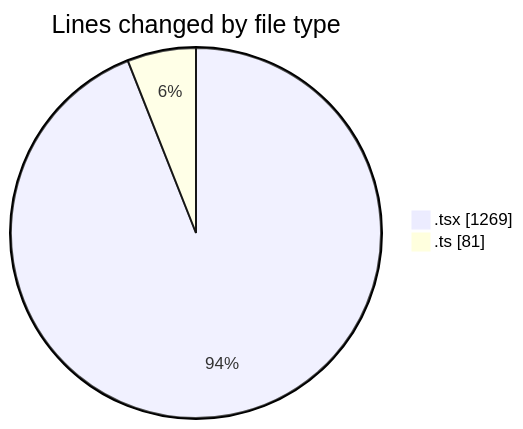
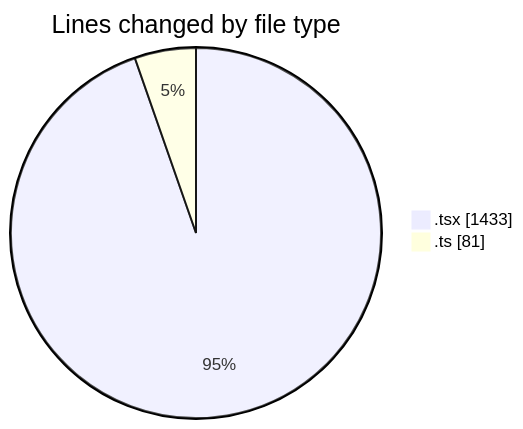
Before and after one commit to momahboobian/code-tracking: the first of 2 diagrams in 2026-04-27/cda/README.md, drawn with Mermaid. The commit also changed other lines of this file and 1 other file, not shown here.

````diff
--- a/2026-04-27/cda/README.md
+++ b/2026-04-27/cda/README.md
@@ -28,6 +29,6 @@
 ```mermaid
 pie showData
 title Lines changed by file type
-".tsx" : 1269
+".tsx" : 1433
 ".ts" : 81
 ```
````
